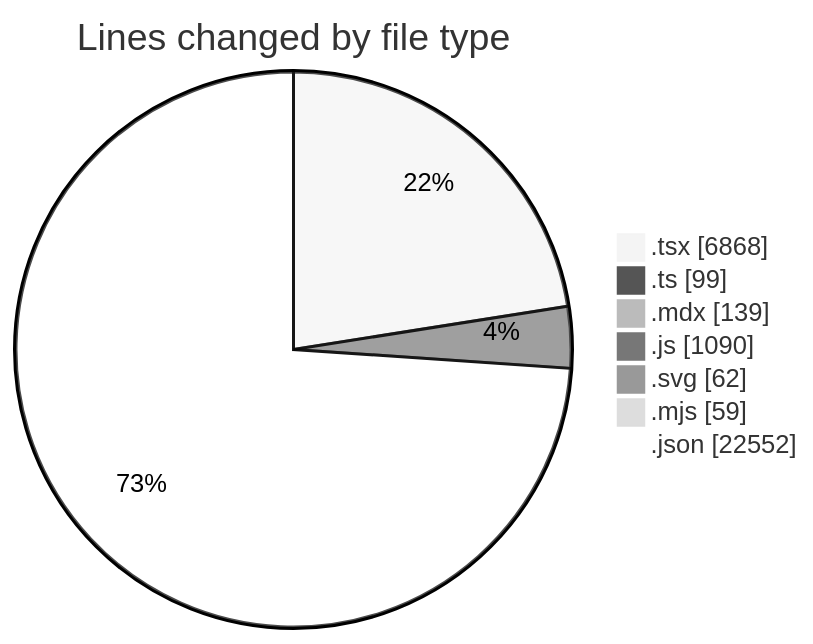
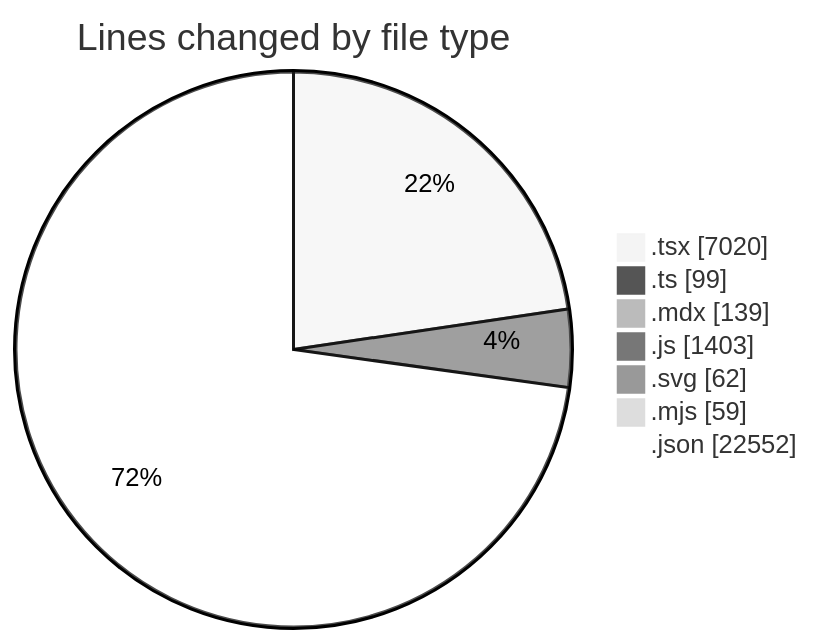
The first of 2 diagrams in 2025-05-10/elitesun/README.md (Elitesun/code-tracking), drawn with Mermaid (neutral theme) before and after one commit. The commit also changed other lines of this file and 1 other file, not shown here.

````diff
--- a/2025-05-10/elitesun/README.md
+++ b/2025-05-10/elitesun/README.md
@@ -43,11 +43,11 @@
 ```mermaid
 pie showData
 title Lines changed by file type
-".tsx" : 6868
+".tsx" : 7020
 ".ts" : 99
 ".mdx" : 139
-".js" : 1090
+".js" : 1403
 ".svg" : 62
 ".mjs" : 59
 ".json" : 22552
 ```
````
